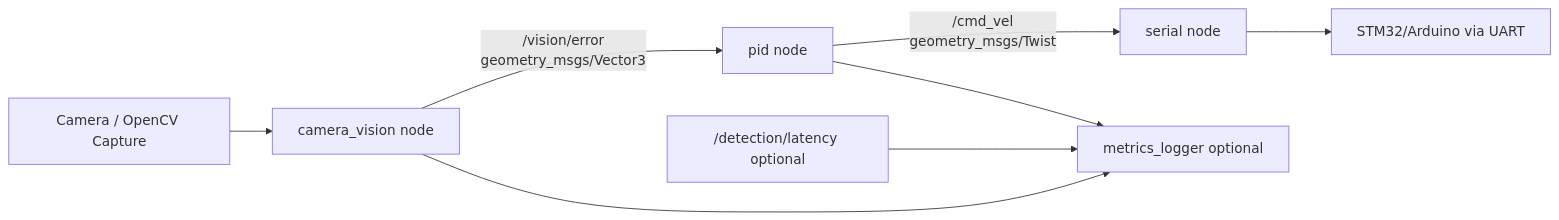
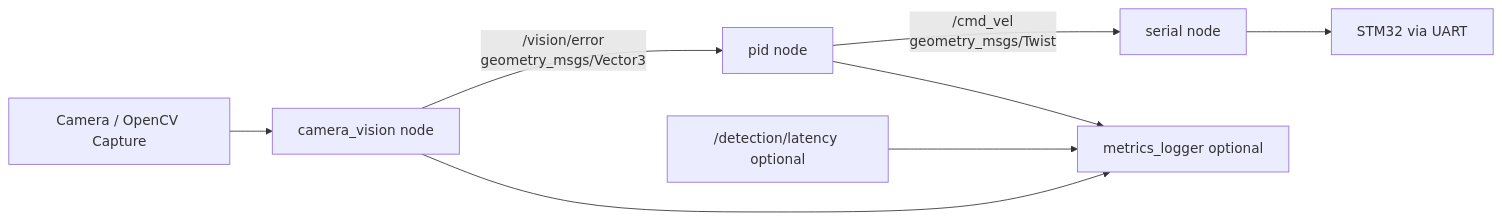
Before and after one commit to rndmtrsh/pantilt-ros2: the diagram in README.md, drawn with Mermaid. The commit also changed other lines of this file, not shown here.

````diff
--- a/README.md
+++ b/README.md
@@ -143,10 +143,10 @@
 ```mermaid
 flowchart LR
     CAM[Camera / OpenCV Capture] --> CV[camera_vision node]
     CV -->|/vision/error\ngeometry_msgs/Vector3| PID[pid node]
     PID -->|/cmd_vel\ngeometry_msgs/Twist| SER[serial node]
-    SER --> MCU[STM32/Arduino via UART]
+    SER --> MCU[STM32 via UART]
     CV --> LOG["metrics_logger optional"]
     PID --> LOG
     LAT["/detection/latency optional"] --> LOG
 ```
````
